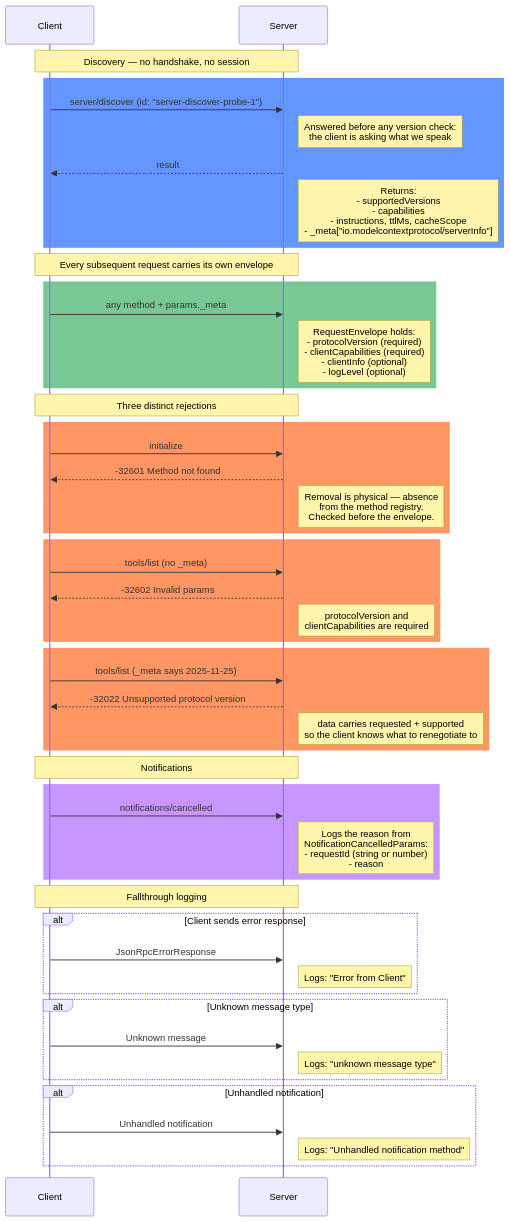
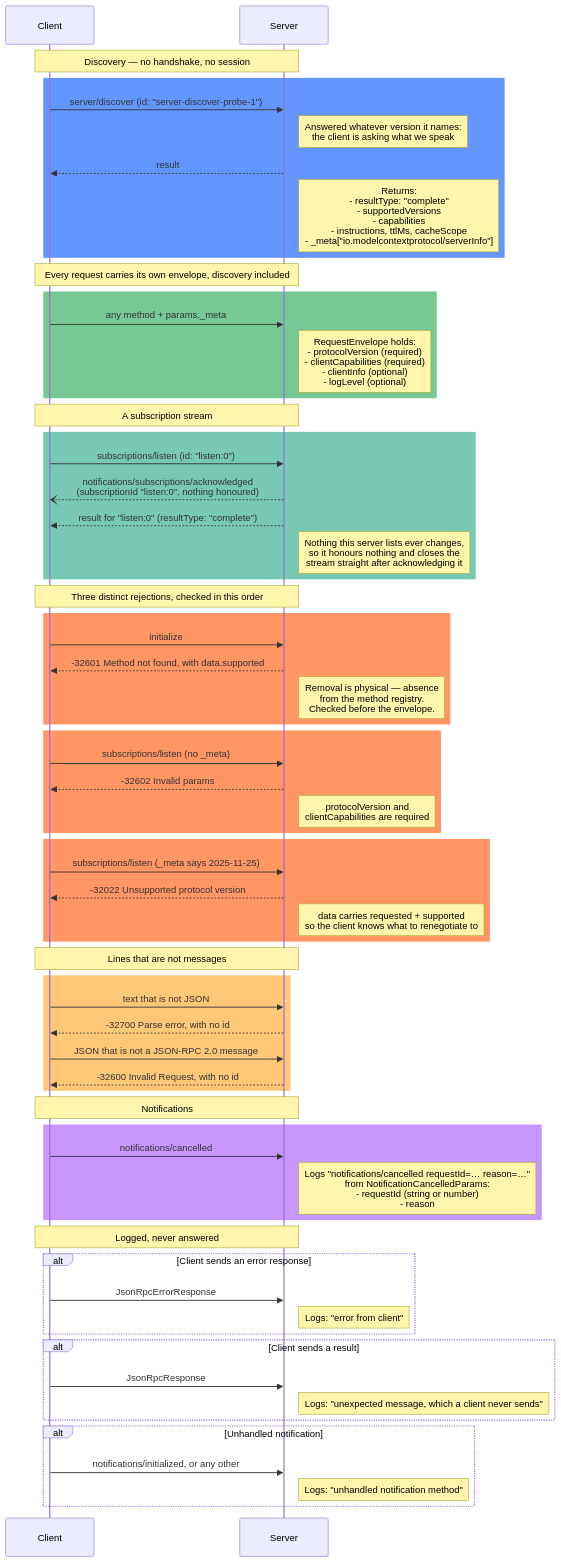
Before and after one commit to David-Parry/agent-mcp-workshop: the diagram in lessons/03-sequence-diagram.md, drawn with Mermaid. The commit also changed other lines of this file and 31 other files, not shown here.

````diff
--- a/lessons/03-sequence-diagram.md
+++ b/lessons/03-sequence-diagram.md
@@ -9,59 +11,77 @@
 
     rect rgb(100, 150, 255)
         Client->>Server: server/discover (id: "server-discover-probe-1")
-        Note right of Server: Answered before any version check:<br/>the client is asking what we speak
+        Note right of Server: Answered whatever version it names:<br/>the client is asking what we speak
         Server-->>Client: result
-        Note right of Server: Returns:<br/>- supportedVersions<br/>- capabilities<br/>- instructions, ttlMs, cacheScope<br/>- _meta["io.modelcontextprotocol/serverInfo"]
+        Note right of Server: Returns:<br/>- resultType: "complete"<br/>- supportedVersions<br/>- capabilities<br/>- instructions, ttlMs, cacheScope<br/>- _meta["io.modelcontextprotocol/serverInfo"]
     end
 
-    Note over Client,Server: Every subsequent request carries its own envelope
+    Note over Client,Server: Every request carries its own envelope, discovery included
 
     rect rgb(120, 200, 150)
         Client->>Server: any method + params._meta
         Note right of Server: RequestEnvelope holds:<br/>- protocolVersion (required)<br/>- clientCapabilities (required)<br/>- clientInfo (optional)<br/>- logLevel (optional)
     end
 
-    Note over Client,Server: Three distinct rejections
+    Note over Client,Server: A subscription stream
+
+    rect rgb(120, 200, 180)
+        Client->>Server: subscriptions/listen (id: "listen:0")
+        Server--)Client: notifications/subscriptions/acknowledged<br/>(subscriptionId "listen:0", nothing honoured)
+        Server-->>Client: result for "listen:0" (resultType: "complete")
+        Note right of Server: Nothing this server lists ever changes,<br/>so it honours nothing and closes the<br/>stream straight after acknowledging it
+    end
+
+    Note over Client,Server: Three distinct rejections, checked in this order
 
     rect rgb(255, 150, 100)
         Client->>Server: initialize
-        Server-->>Client: -32601 Method not found
+        Server-->>Client: -32601 Method not found, with data.supported
         Note right of Server: Removal is physical — absence<br/>from the method registry.<br/>Checked before the envelope.
     end
 
     rect rgb(255, 150, 100)
-        Client->>Server: tools/list (no _meta)
+        Client->>Server: subscriptions/listen (no _meta)
         Server-->>Client: -32602 Invalid params
         Note right of Server: protocolVersion and<br/>clientCapabilities are required
     end
 
     rect rgb(255, 150, 100)
-        Client->>Server: tools/list (_meta says 2025-11-25)
+        Client->>Server: subscriptions/listen (_meta says 2025-11-25)
         Server-->>Client: -32022 Unsupported protocol version
         Note right of Server: data carries requested + supported<br/>so the client knows what to renegotiate to
+    end
+
+    Note over Client,Server: Lines that are not messages
+
+    rect rgb(255, 200, 120)
+        Client->>Server: text that is not JSON
+        Server-->>Client: -32700 Parse error, with no id
+        Client->>Server: JSON that is not a JSON-RPC 2.0 message
+        Server-->>Client: -32600 Invalid Request, with no id
     end
 
     Note over Client,Server: Notifications
 
     rect rgb(200, 150, 255)
         Client->>Server: notifications/cancelled
-        Note right of Server: Logs the reason from<br/>NotificationCancelledParams:<br/>- requestId (string or number)<br/>- reason
+        Note right of Server: Logs "notifications/cancelled requestId=… reason=…"<br/>from NotificationCancelledParams:<br/>- requestId (string or number)<br/>- reason
     end
 
-    Note over Client,Server: Fallthrough logging
+    Note over Client,Server: Logged, never answered
 
-    alt Client sends error response
+    alt Client sends an error response
         Client->>Server: JsonRpcErrorResponse
-        Note right of Server: Logs: "Error from Client"
+        Note right of Server: Logs: "error from client"
     end
 
-    alt Unknown message type
-        Client->>Server: Unknown message
-        Note right of Server: Logs: "unknown message type"
+    alt Client sends a result
+        Client->>Server: JsonRpcResponse
+        Note right of Server: Logs: "unexpected message, which a client never sends"
     end
 
     alt Unhandled notification
-        Client->>Server: Unhandled notification
-        Note right of Server: Logs: "Unhandled notification method"
+        Client->>Server: notifications/initialized, or any other
+        Note right of Server: Logs: "unhandled notification method"
     end
 ```
````
